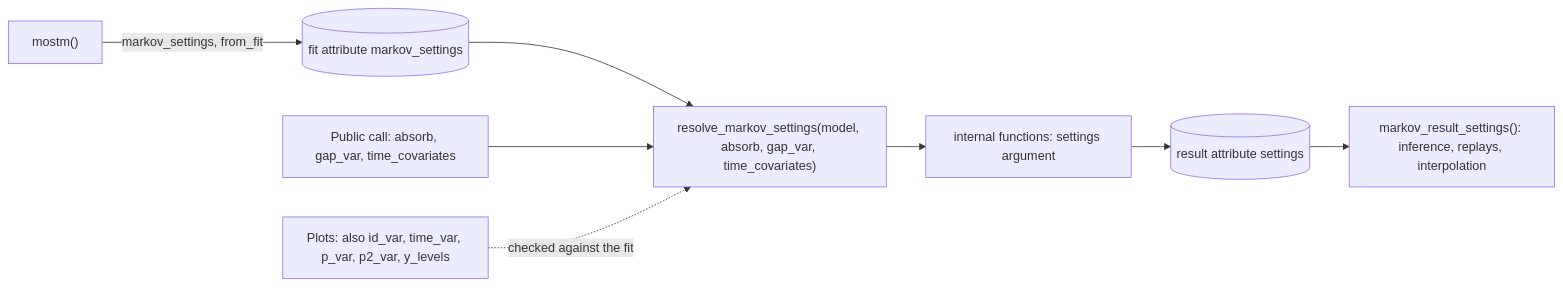
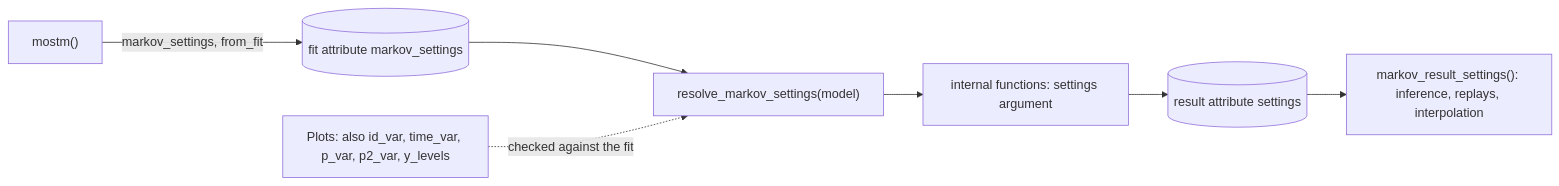
The third of 4 diagrams in ARCHITECTURE.md (scjohannes/mostr), drawn with Mermaid before and after one commit. The commit also changed other lines of this file and 2 other files, not shown here.

Commit message:
// Describe the move of absorb and gap_var and the removal of time_covariates in NEWS, ARCHITECTURE and the decision record

````diff
--- a/ARCHITECTURE.md
+++ b/ARCHITECTURE.md
@@ -484,10 +510,9 @@
 ```mermaid
 flowchart LR
     A["mostm()"] -->|markov_settings, from_fit| B[(fit attribute markov_settings)]
-    B --> C["resolve_markov_settings(model, absorb, gap_var, time_covariates)"]
-    D["Public call: absorb, gap_var, time_covariates"] --> C
+    B --> C["resolve_markov_settings(model)"]
     P["Plots: also id_var, time_var, p_var, p2_var, y_levels"] -.->|checked against the fit| C
     C --> E["internal functions: settings argument"]
     E --> F[(result attribute settings)]
     F --> G["markov_result_settings(): inference, replays, interpolation"]
 ```
````
